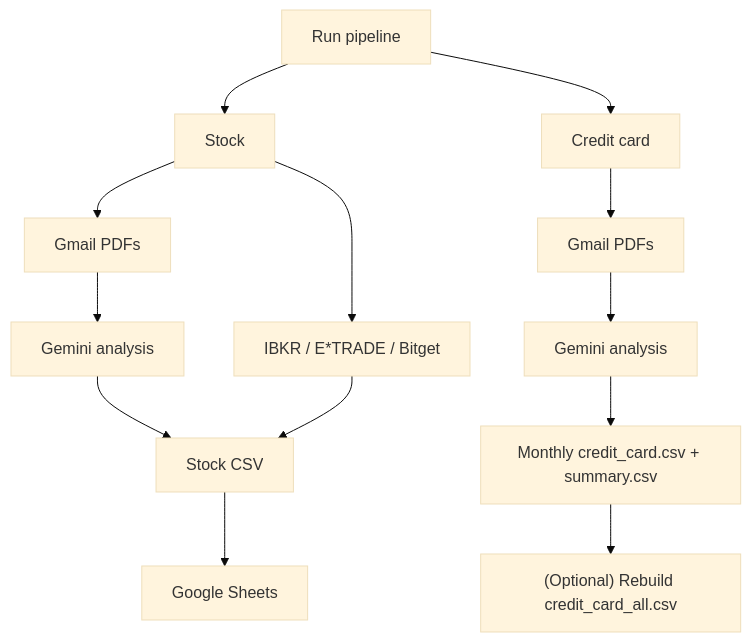
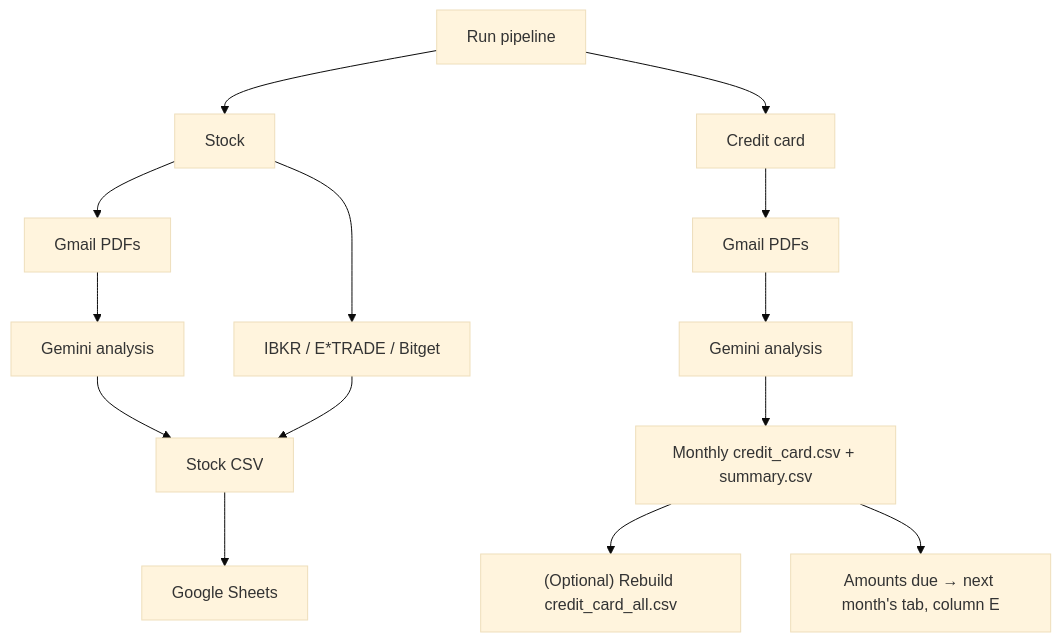
The diagram in readme.md (BoHsiang-W/Integrated-Asset), drawn with Mermaid (base theme) before and after one commit. The commit also changed other lines of this file and 3 other files, not shown here.

First line of the commit message:
feat: sync card amounts due to the card Google Sheet

````diff
--- a/readme.md
+++ b/readme.md
@@ -17,18 +17,19 @@
 ```mermaid
 flowchart TD
     start["Run pipeline"] --> stock["Stock"]
     start --> card["Credit card"]
 
     stock --> stockPdf["Gmail PDFs"]
     stockPdf --> stockGemini["Gemini analysis"]
     stockGemini --> stockCsv["Stock CSV"]
     stock --> brokers["IBKR / E*TRADE / Bitget"]
     brokers --> stockCsv
     stockCsv --> sheets["Google Sheets"]
 
     card --> cardPdf["Gmail PDFs"]
     cardPdf --> cardGemini["Gemini analysis"]
     cardGemini --> cardMonthly["Monthly credit_card.csv + summary.csv"]
     cardMonthly --> cardCsv["(Optional) Rebuild credit_card_all.csv"]
+    cardMonthly --> cardSheet["Amounts due → next month's tab, column E"]
 
 ```
````
